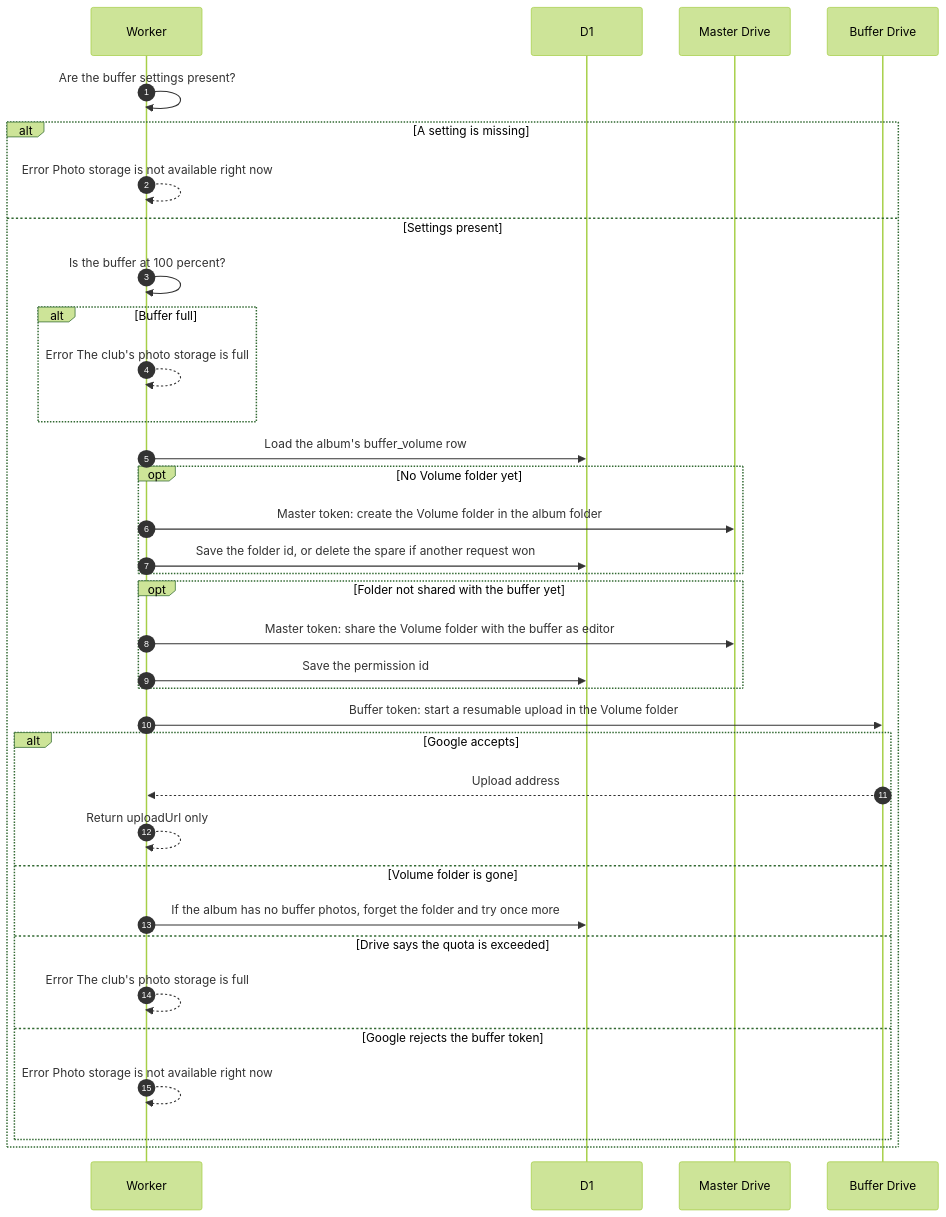
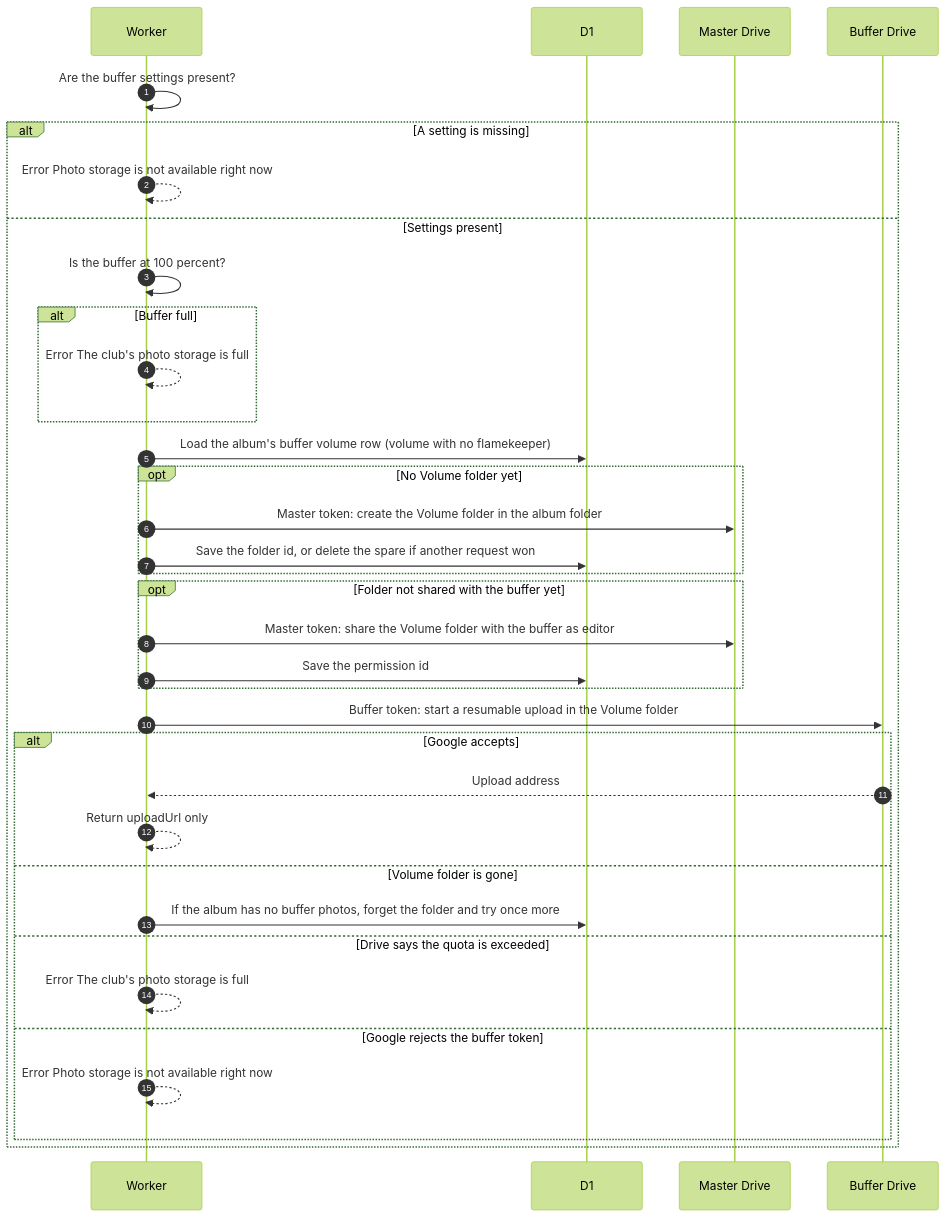
The diagram in docs/scenarios/albums/upload-to-buffer.md (sagyzdop/meriksirat), drawn with Mermaid (forest theme) before and after one commit. The commit also changed other lines of this file and 15 other files, not shown here.

Commit message:
refactor(db): merge buffer_volume into volume (#17)

````diff
--- a/docs/scenarios/albums/upload-to-buffer.md
+++ b/docs/scenarios/albums/upload-to-buffer.md
@@ -16,37 +16,37 @@
 ```mermaid
 sequenceDiagram
     autonumber
     participant W as Worker
     participant D as D1
     participant G as Master Drive
     participant B as Buffer Drive
     W->>W: Are the buffer settings present?
     alt A setting is missing
         W-->>W: Error Photo storage is not available right now
     else Settings present
         W->>W: Is the buffer at 100 percent?
         alt Buffer full
             W-->>W: Error The club's photo storage is full
         end
-        W->>D: Load the album's buffer_volume row
+        W->>D: Load the album's buffer volume row (volume with no flamekeeper)
         opt No Volume folder yet
             W->>G: Master token: create the Volume folder in the album folder
             W->>D: Save the folder id, or delete the spare if another request won
         end
         opt Folder not shared with the buffer yet
             W->>G: Master token: share the Volume folder with the buffer as editor
             W->>D: Save the permission id
         end
         W->>B: Buffer token: start a resumable upload in the Volume folder
         alt Google accepts
             B-->>W: Upload address
             W-->>W: Return uploadUrl only
         else Volume folder is gone
             W->>D: If the album has no buffer photos, forget the folder and try once more
         else Drive says the quota is exceeded
             W-->>W: Error The club's photo storage is full
         else Google rejects the buffer token
             W-->>W: Error Photo storage is not available right now
         end
     end
 ```
````
